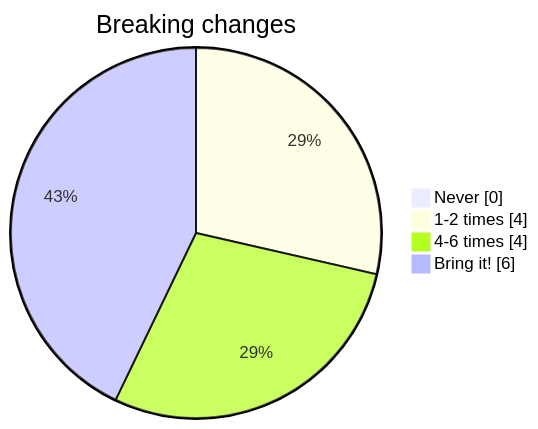
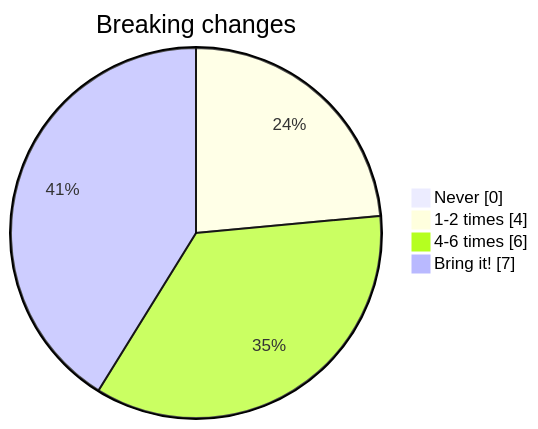
One commit to Bellfalasch/frontend-forum changed the first of 2 diagrams in slides.md. Above: the diagram before and after it, drawn with Mermaid. The commit also changed other lines of this file and 1 other file, not shown here.

````diff
--- a/slides.md
+++ b/slides.md
@@ -111,7 +133,7 @@
 ```mermaid
 pie showData title Breaking changes
     "Never" : 0
     "1-2 times" : 4
-    "4-6 times" : 4
-    "Bring it!" : 6
+    "4-6 times" : 6
+    "Bring it!" : 7
 ```
````
